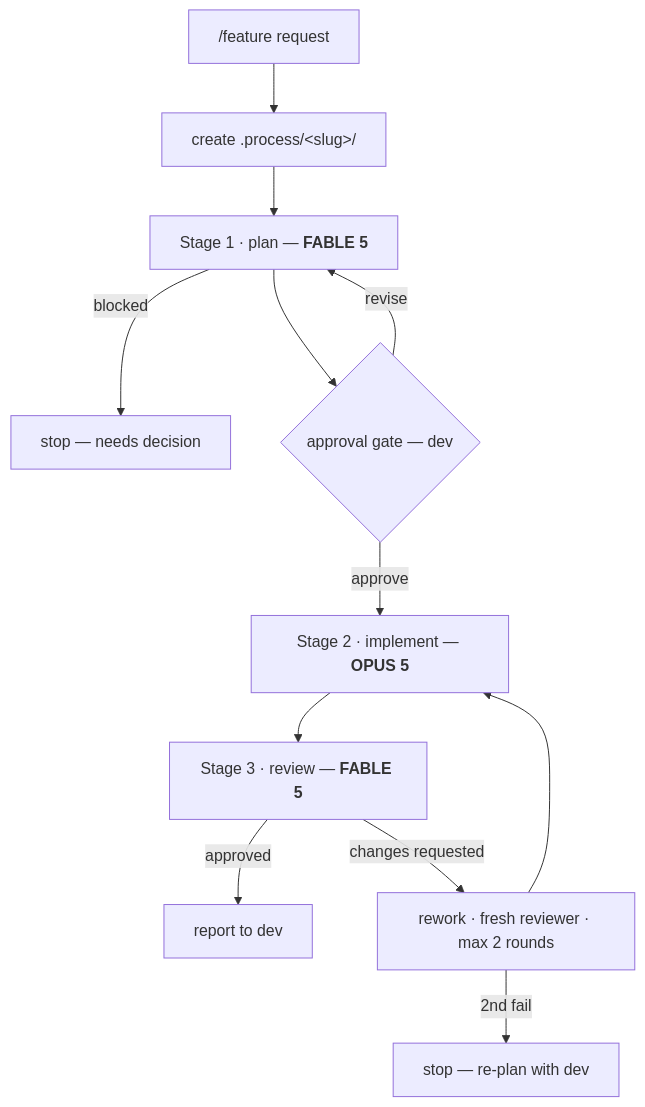
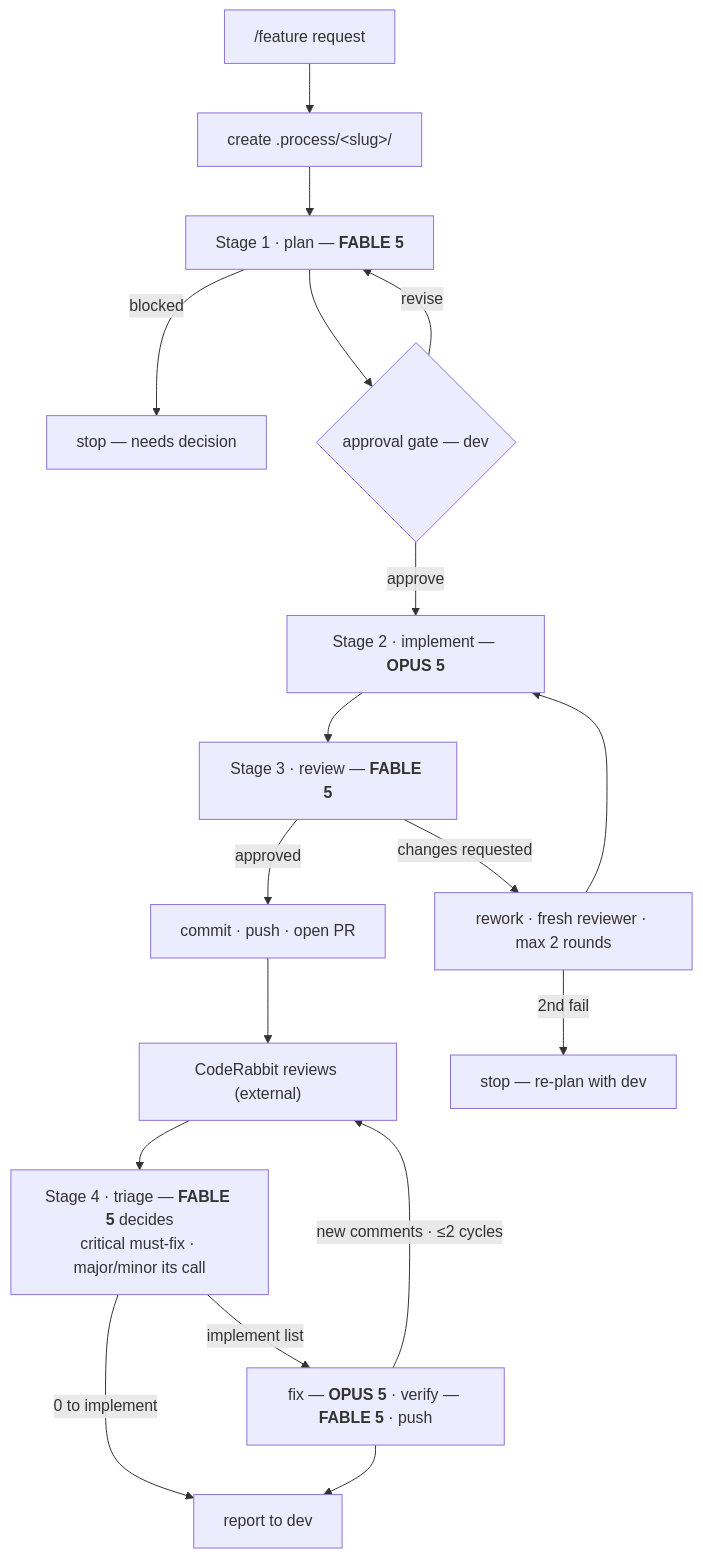
One commit to MohamedEbrahimMohsen/e3a changed the diagram in .claude/commands/feature.md. Above: the diagram before and after it, drawn with Mermaid. The commit also changed other lines of this file and 8 other files, not shown here.

First line of the commit message:
Add CodeRabbit PR #1 review & triage; accept RC3 only

````diff
--- a/.claude/commands/feature.md
+++ b/.claude/commands/feature.md
@@ -34,14 +34,20 @@
 ```mermaid
 flowchart TD
   A["/feature request"] --> S["create .process/&lt;slug&gt;/"]
   S --> P["Stage 1 · plan — <b>FABLE 5</b>"]
   P -->|blocked| B["stop — needs decision"]
   P --> G{"approval gate — dev"}
   G -->|revise| P
   G -->|approve| I["Stage 2 · implement — <b>OPUS 5</b>"]
   I --> R["Stage 3 · review — <b>FABLE 5</b>"]
-  R -->|approved| D["report to dev"]
+  R -->|approved| PR["commit · push · open PR"]
   R -->|changes requested| C["rework · fresh reviewer · max 2 rounds"]
   C --> I
   C -->|2nd fail| X["stop — re-plan with dev"]
+  PR --> CR["CodeRabbit reviews (external)"]
+  CR --> T["Stage 4 · triage — <b>FABLE 5</b> decides<br/>critical must-fix · major/minor its call"]
+  T -->|0 to implement| D["report to dev"]
+  T -->|implement list| F["fix — <b>OPUS 5</b> · verify — <b>FABLE 5</b> · push"]
+  F -->|new comments · ≤2 cycles| CR
+  F --> D
 ```
````
